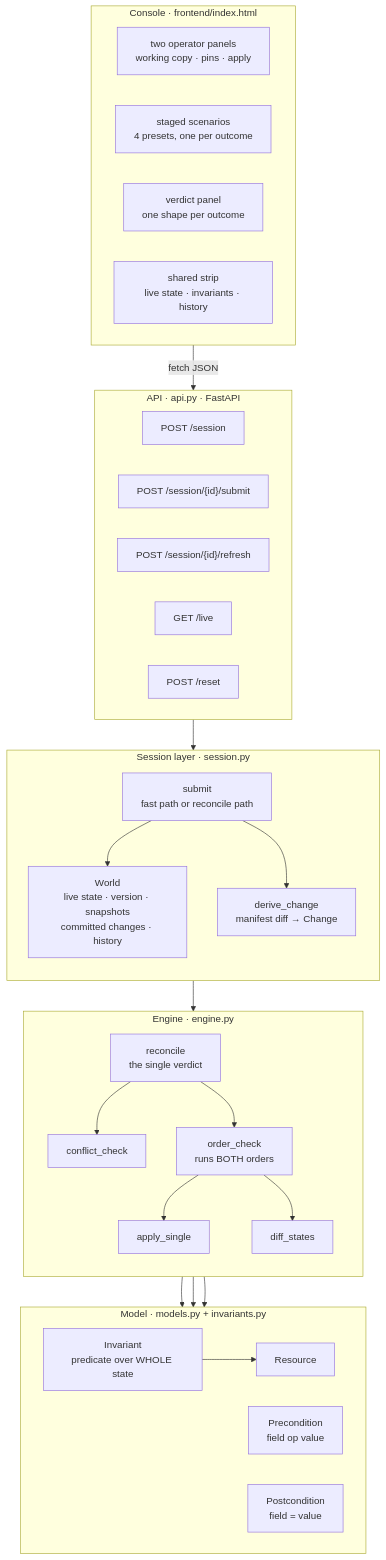
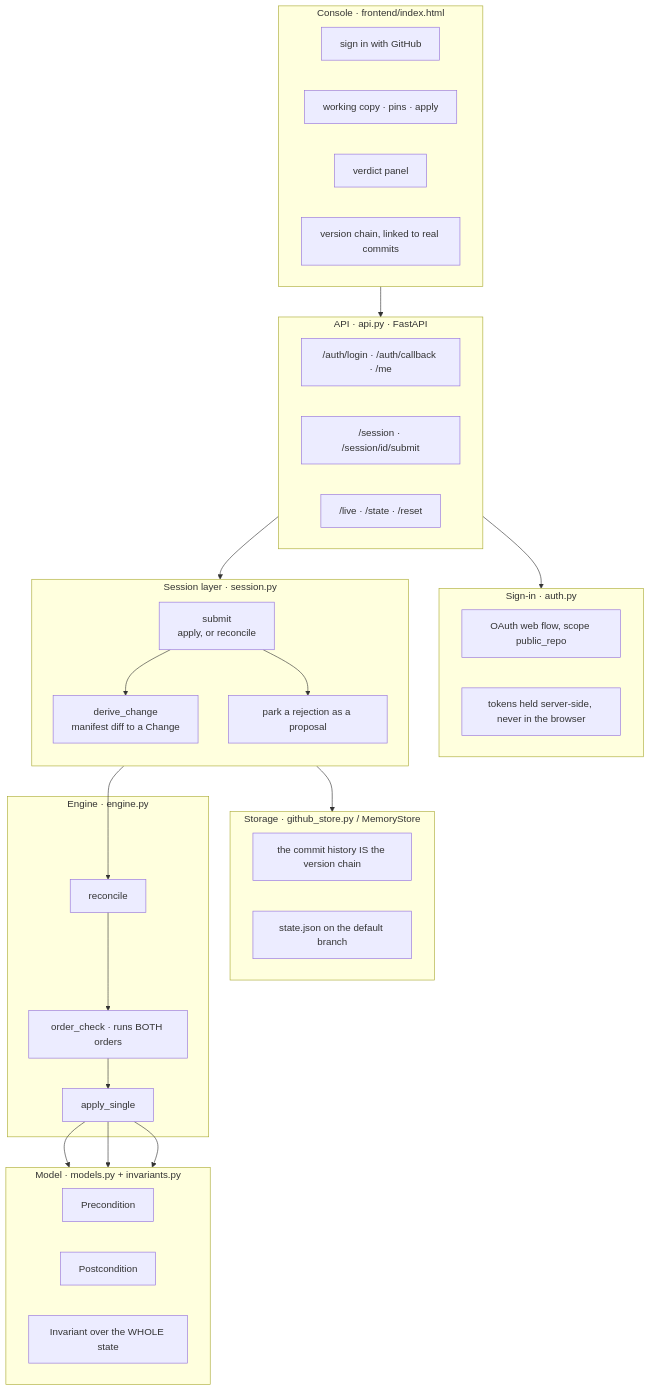
The first of 5 diagrams in README.md (Atith-C/ApplyMerge---Concurrent-Infrastructure-Apply-Reconciliation), drawn with Mermaid before and after one commit. The commit also changed other lines of this file and 1 other file, not shown here.

First line of the commit message:
Documentation: the git arc, and a script for running the demo

````diff
--- a/README.md
+++ b/README.md
@@ -27,57 +50,60 @@
 ```mermaid
 flowchart TB
     subgraph UI["Console · frontend/index.html"]
         direction LR
-        C1["two operator panels<br/>working copy · pins · apply"]
-        C2["staged scenarios<br/>4 presets, one per outcome"]
-        C3["verdict panel<br/>one shape per outcome"]
-        C4["shared strip<br/>live state · invariants · history"]
+        C1["sign in with GitHub"]
+        C2["working copy · pins · apply"]
+        C3["verdict panel"]
+        C4["version chain, linked to real commits"]
     end
 
     subgraph API["API · api.py · FastAPI"]
         direction LR
-        E1["POST /session"]
-        E2["POST /session/{id}/submit"]
-        E3["POST /session/{id}/refresh"]
-        E4["GET /live"]
-        E5["POST /reset"]
+        E1["/auth/login · /auth/callback · /me"]
+        E2["/session · /session/id/submit"]
+        E3["/live · /state · /reset"]
+    end
+
+    subgraph AUTH["Sign-in · auth.py"]
+        A1["OAuth web flow, scope public_repo"]
+        A2["tokens held server-side, never in the browser"]
     end
 
     subgraph SES["Session layer · session.py"]
         direction TB
-        W["World<br/>live state · version · snapshots<br/>committed changes · history"]
-        DC["derive_change<br/>manifest diff → Change"]
-        SUB["submit<br/>fast path or reconcile path"]
+        SUB["submit<br/>apply, or reconcile"]
+        DC["derive_change<br/>manifest diff to a Change"]
+        PK["park a rejection as a proposal"]
         SUB --> DC
-        SUB --> W
+        SUB --> PK
+    end
+
+    subgraph STORE["Storage · github_store.py / MemoryStore"]
+        S1["the commit history IS the version chain"]
+        S2["state.json on the default branch"]
     end
 
     subgraph ENG["Engine · engine.py"]
-        direction TB
-        REC["reconcile<br/>the single verdict"]
-        CC["conflict_check"]
-        OC["order_check<br/>runs BOTH orders"]
+        REC["reconcile"]
+        OC["order_check · runs BOTH orders"]
         AS["apply_single"]
-        DIFF["diff_states"]
-        REC --> CC
         REC --> OC
         OC --> AS
-        OC --> DIFF
     end
 
     subgraph MOD["Model · models.py + invariants.py"]
         direction LR
-        RES["Resource"]
-        PRE["Precondition<br/>field op value"]
-        POST["Postcondition<br/>field = value"]
-        INV["Invariant<br/>predicate over WHOLE state"]
+        PRE["Precondition"]
+        POST["Postcondition"]
+        INV["Invariant over the WHOLE state"]
     end
 
-    UI -->|"fetch JSON"| API
+    UI --> API
+    API --> AUTH
     API --> SES
+    SUB --> STORE
     SUB --> REC
     AS --> PRE
     AS --> POST
     AS --> INV
-    INV --> RES
 ```
````
